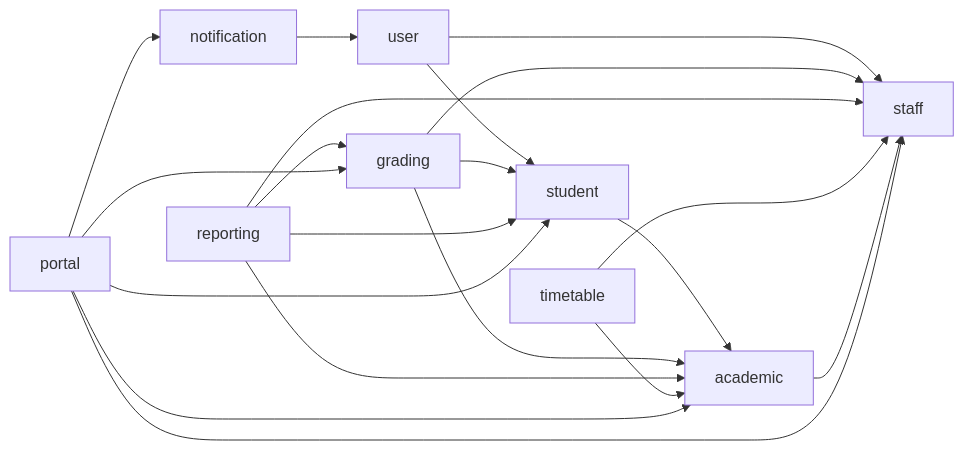
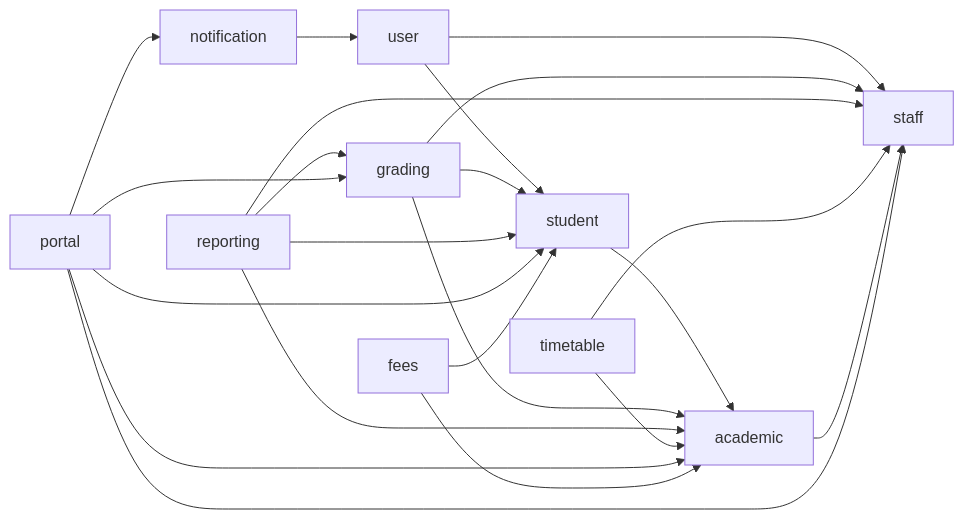
The diagram in docs/08-architecture-modulaire.md (Elshamma-Project/School-Mgmt-Back), drawn with Mermaid before and after one commit. The commit also changed other lines of this file and 24 other files, not shown here.

````diff
--- a/docs/08-architecture-modulaire.md
+++ b/docs/08-architecture-modulaire.md
@@ -23,11 +24,12 @@
 ```mermaid
 flowchart LR
   user --> staff & student
   student --> academic
   grading --> academic & student & staff
   reporting --> grading & academic & student & staff
   timetable --> academic & staff
   academic --> staff
   notification --> user
   portal --> academic & student & staff & grading & notification
+  fees --> academic & student
 ```
````
